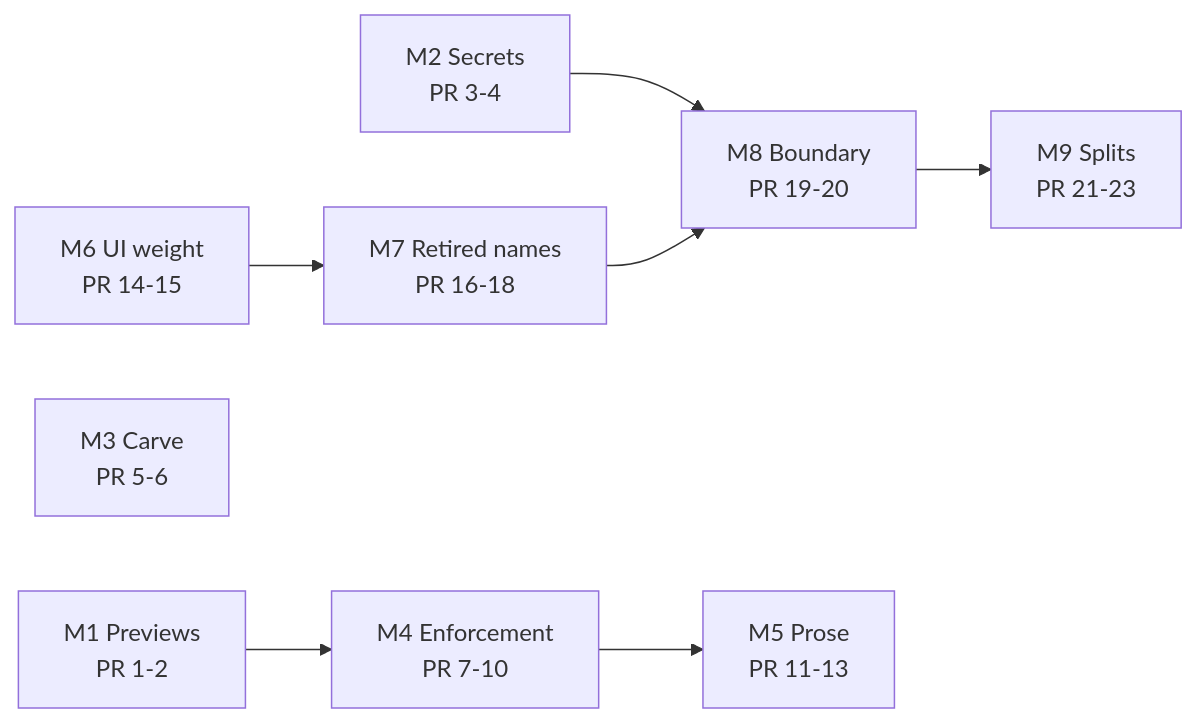
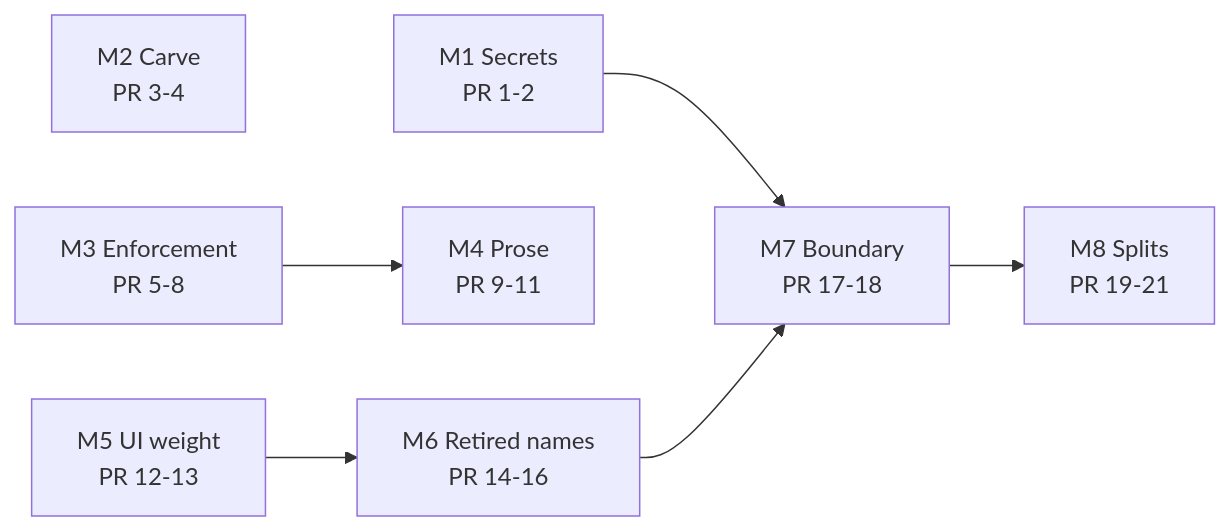
Before and after one commit to sibling-shipyard/coach-hq: the diagram in docs/plans/repo-hygiene-sweep.md, drawn with Mermaid. The commit also changed other lines of this file and 1 other file, not shown here.

````diff
--- a/docs/plans/repo-hygiene-sweep.md
+++ b/docs/plans/repo-hygiene-sweep.md
@@ -20,10 +20,9 @@
 ```mermaid
 graph LR
-  M1["M1 Previews<br/>PR 1-2"] --> M4["M4 Enforcement<br/>PR 7-10"]
-  M2["M2 Secrets<br/>PR 3-4"] --> M8["M8 Boundary<br/>PR 19-20"]
-  M3["M3 Carve<br/>PR 5-6"]
-  M4 --> M5["M5 Prose<br/>PR 11-13"]
-  M6["M6 UI weight<br/>PR 14-15"] --> M7["M7 Retired names<br/>PR 16-18"]
-  M7 --> M8
-  M8 --> M9["M9 Splits<br/>PR 21-23"]
+  M1["M1 Secrets<br/>PR 1-2"] --> M7["M7 Boundary<br/>PR 17-18"]
+  M2["M2 Carve<br/>PR 3-4"]
+  M3["M3 Enforcement<br/>PR 5-8"] --> M4["M4 Prose<br/>PR 9-11"]
+  M5["M5 UI weight<br/>PR 12-13"] --> M6["M6 Retired names<br/>PR 14-16"]
+  M6 --> M7
+  M7 --> M8["M8 Splits<br/>PR 19-21"]
 ```
````
